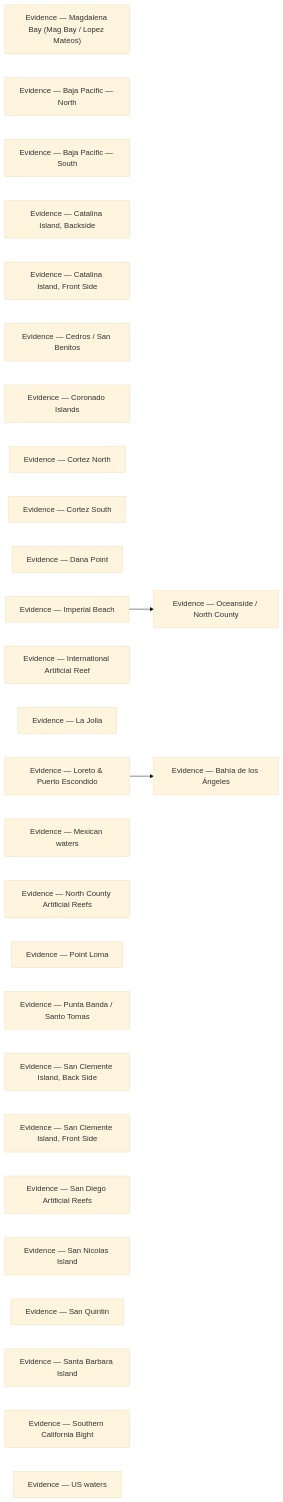
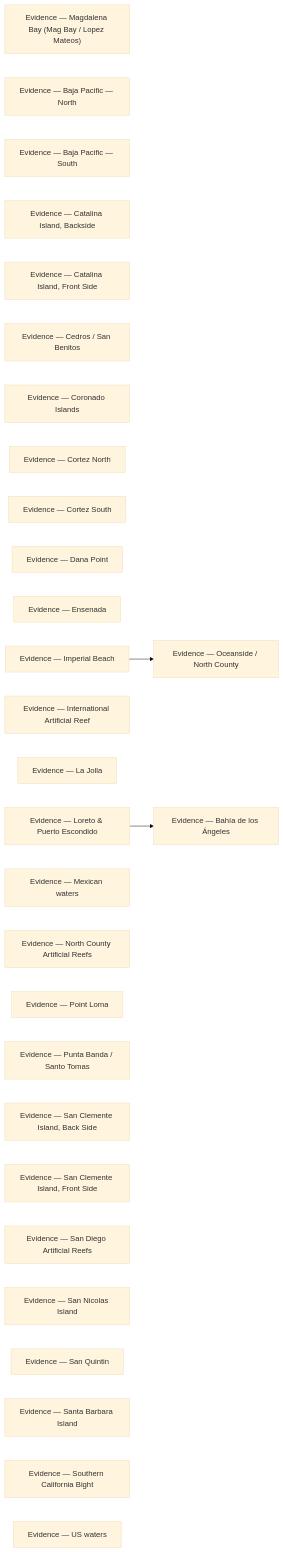
The diagram in locations/evidence/README.md (camchuckpete-max/Socal-Fishing-Knowledge), drawn with Mermaid (base theme) before and after one commit. The commit also changed other lines of this file and 39 other files, not shown here.

````diff
--- a/locations/evidence/README.md
+++ b/locations/evidence/README.md
@@ -41,33 +42,34 @@
 ```mermaid
 graph LR
   n0["Evidence — Bahía de los Ángeles"]
   n1["Evidence — Magdalena Bay (Mag Bay / Lopez Mateos)"]
   n2["Evidence — Baja Pacific — North"]
   n3["Evidence — Baja Pacific — South"]
   n4["Evidence — Catalina Island, Backside"]
   n5["Evidence — Catalina Island, Front Side"]
   n6["Evidence — Cedros / San Benitos"]
   n7["Evidence — Coronado Islands"]
   n8["Evidence — Cortez North"]
   n9["Evidence — Cortez South"]
   n10["Evidence — Dana Point"]
-  n11["Evidence — Imperial Beach"]
-  n12["Evidence — International Artificial Reef"]
-  n13["Evidence — La Jolla"]
-  n14["Evidence — Loreto & Puerto Escondido"]
-  n15["Evidence — Mexican waters"]
-  n16["Evidence — North County Artificial Reefs"]
-  n17["Evidence — Oceanside / North County"]
-  n18["Evidence — Point Loma"]
-  n19["Evidence — Punta Banda / Santo Tomas"]
-  n20["Evidence — San Clemente Island, Back Side"]
-  n21["Evidence — San Clemente Island, Front Side"]
-  n22["Evidence — San Diego Artificial Reefs"]
-  n23["Evidence — San Nicolas Island"]
-  n24["Evidence — San Quintin"]
-  n25["Evidence — Santa Barbara Island"]
-  n26["Evidence — Southern California Bight"]
-  n27["Evidence — US waters"]
-  n11 --> n17
-  n14 --> n0
+  n11["Evidence — Ensenada"]
+  n12["Evidence — Imperial Beach"]
+  n13["Evidence — International Artificial Reef"]
+  n14["Evidence — La Jolla"]
+  n15["Evidence — Loreto & Puerto Escondido"]
+  n16["Evidence — Mexican waters"]
+  n17["Evidence — North County Artificial Reefs"]
+  n18["Evidence — Oceanside / North County"]
+  n19["Evidence — Point Loma"]
+  n20["Evidence — Punta Banda / Santo Tomas"]
+  n21["Evidence — San Clemente Island, Back Side"]
+  n22["Evidence — San Clemente Island, Front Side"]
+  n23["Evidence — San Diego Artificial Reefs"]
+  n24["Evidence — San Nicolas Island"]
+  n25["Evidence — San Quintin"]
+  n26["Evidence — Santa Barbara Island"]
+  n27["Evidence — Southern California Bight"]
+  n28["Evidence — US waters"]
+  n12 --> n18
+  n15 --> n0
 ```
````
